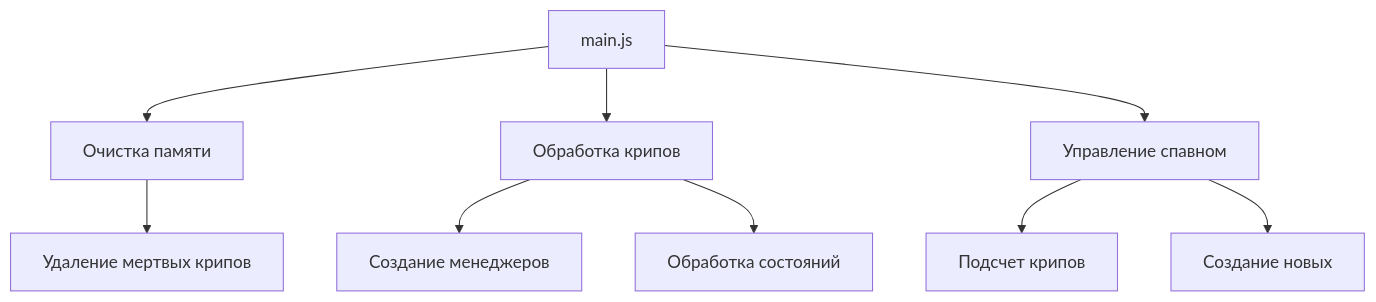
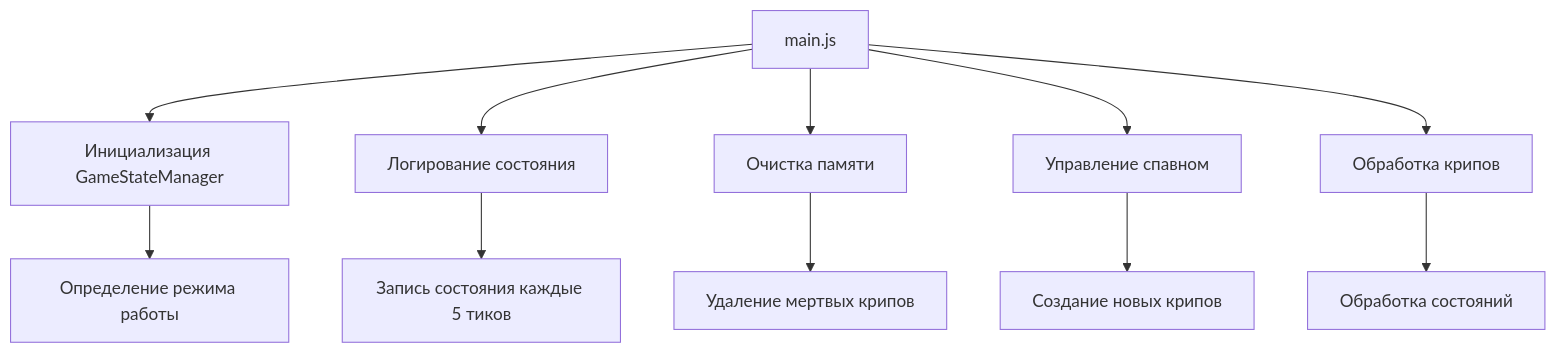
Before and after one commit to ekolvah/screeps: the fifth of 9 diagrams in architecture.md, drawn with Mermaid. The commit also changed other lines of this file and 7 other files, not shown here.

````diff
--- a/architecture.md
+++ b/architecture.md
@@ -100,12 +125,14 @@
 ```mermaid
 flowchart TD
-    A[main.js] --> B[Очистка памяти]
-    A --> C[Обработка крипов]
-    A --> D[Управление спавном]
+    A[main.js] --> B[Инициализация GameStateManager]
+    A --> C[Логирование состояния]
+    A --> D[Очистка памяти]
+    A --> E[Управление спавном]
+    A --> F[Обработка крипов]
     
-    B --> E[Удаление мертвых крипов]
-    C --> F[Создание менеджеров]
-    C --> G[Обработка состояний]
-    D --> H[Подсчет крипов]
-    D --> I[Создание новых]
+    B --> G[Определение режима работы]
+    C --> H[Запись состояния каждые 5 тиков]
+    D --> I[Удаление мертвых крипов]
+    E --> J[Создание новых крипов]
+    F --> K[Обработка состояний]
 ```
````
